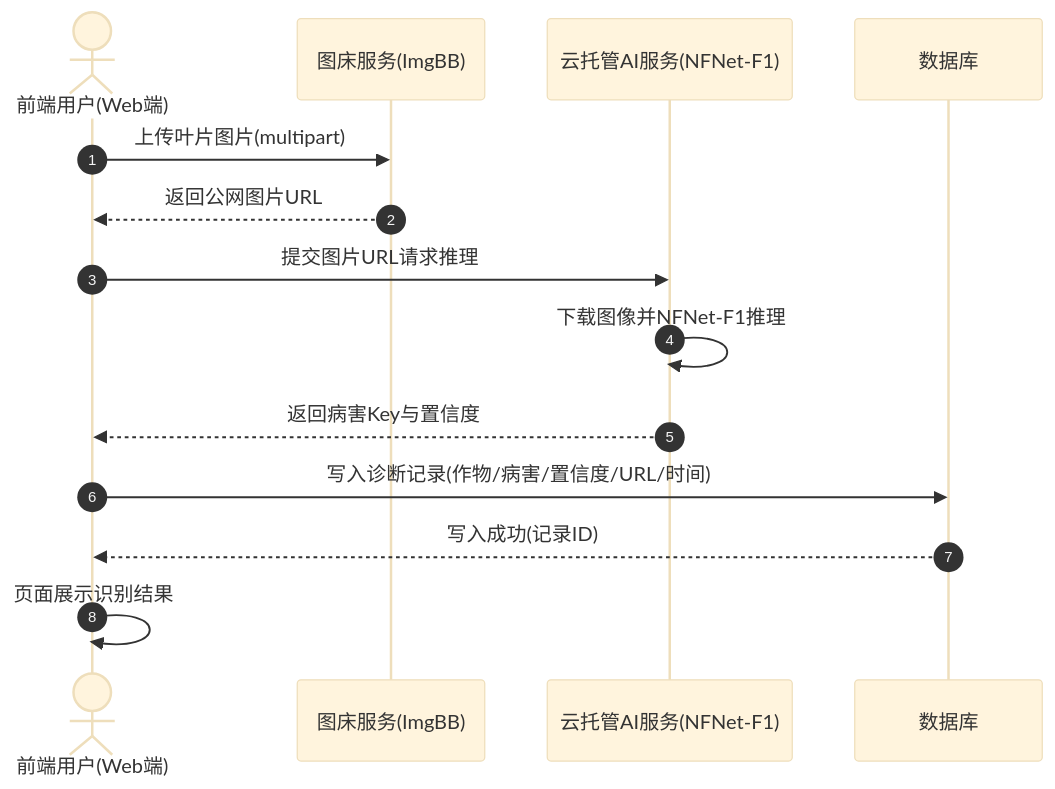
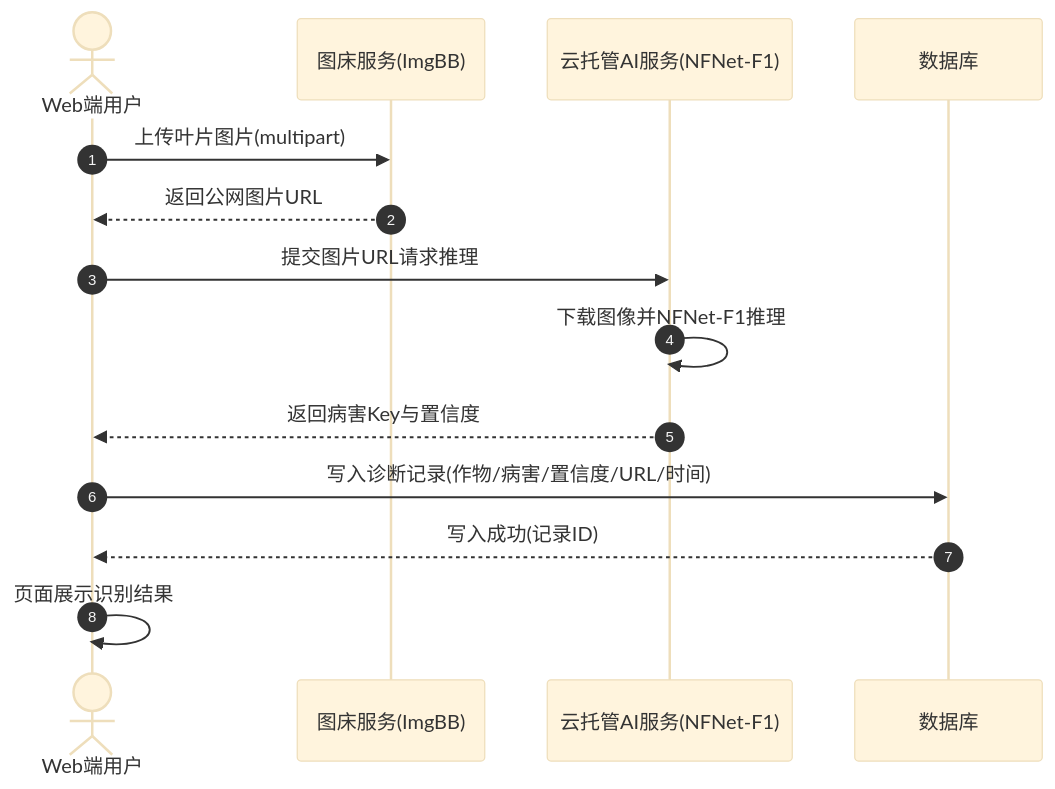
The third of 6 diagrams in docs/UML全套软件工程图表.md (caicaiyueya/CropDoc-web-), drawn with Mermaid (base theme) before and after one commit. The commit also changed other lines of this file and 15 other files, not shown here.

````diff
--- a/docs/UML全套软件工程图表.md
+++ b/docs/UML全套软件工程图表.md
@@ -134,17 +134,17 @@
 ```mermaid
 sequenceDiagram
   autonumber
-  actor User as 前端用户(Web端)
+  actor User as Web端用户
   participant Bed as 图床服务(ImgBB)
   participant AI as 云托管AI服务(NFNet-F1)
   participant DB as 数据库
 
   User->>Bed: 上传叶片图片(multipart)
   Bed-->>User: 返回公网图片URL
   User->>AI: 提交图片URL请求推理
   AI->>AI: 下载图像并NFNet-F1推理
   AI-->>User: 返回病害Key与置信度
   User->>DB: 写入诊断记录(作物/病害/置信度/URL/时间)
   DB-->>User: 写入成功(记录ID)
   User->>User: 页面展示识别结果
 ```
````
